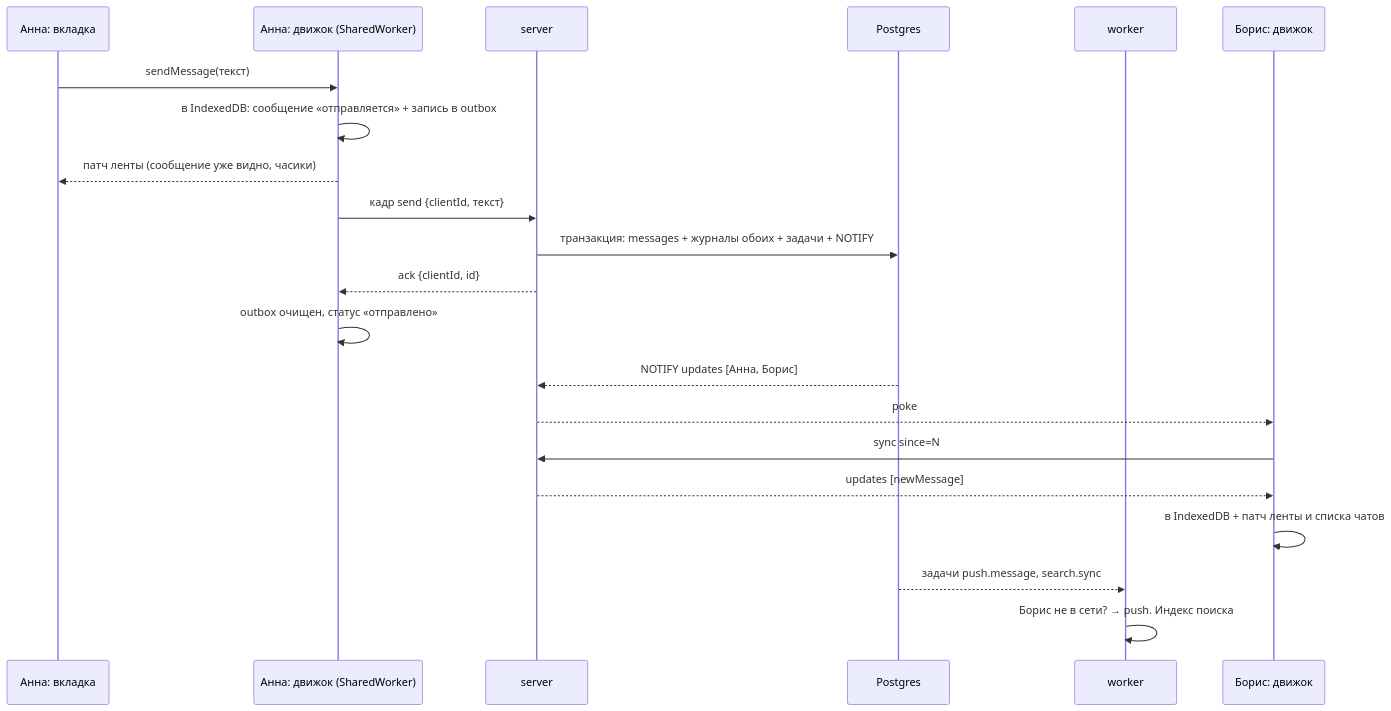
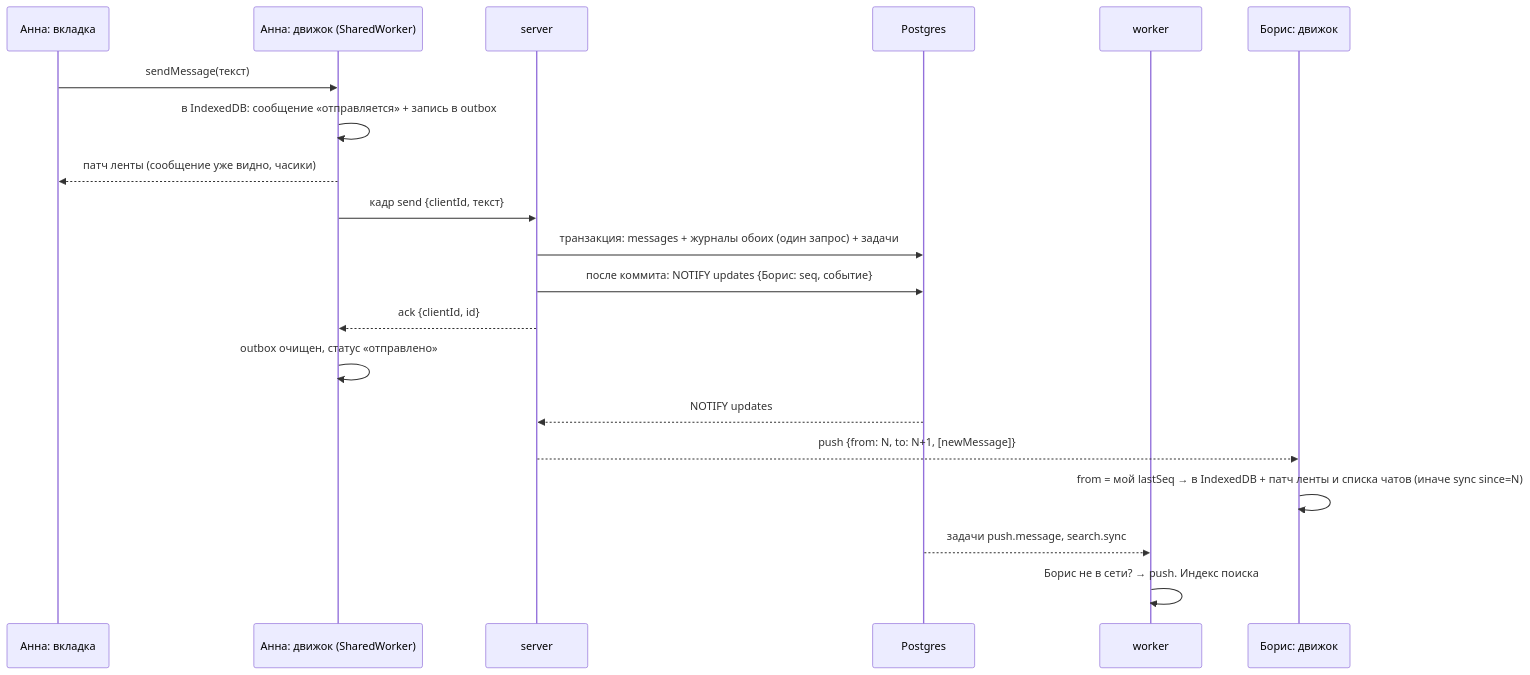
One commit to denislibs/relay changed the second of 2 diagrams in ARCHITECTURE.md. Above: the diagram before and after it, drawn with Mermaid. The commit also changed other lines of this file and 9 other files, not shown here.

First line of the commit message:
feat(realtime): push — a new message reaches online recipients with the notify, no sync round trip

````diff
--- a/ARCHITECTURE.md
+++ b/ARCHITECTURE.md
@@ -113,23 +122,22 @@
 ```mermaid
 sequenceDiagram
   participant A as Анна: вкладка
   participant EA as Анна: движок (SharedWorker)
   participant S as server
   participant PG as Postgres
   participant W as worker
   participant EB as Борис: движок
   A->>EA: sendMessage(текст)
   EA->>EA: в IndexedDB: сообщение «отправляется» + запись в outbox
   EA-->>A: патч ленты (сообщение уже видно, часики)
   EA->>S: кадр send {clientId, текст}
-  S->>PG: транзакция: messages + журналы обоих + задачи + NOTIFY
+  S->>PG: транзакция: messages + журналы обоих (один запрос) + задачи
+  S->>PG: после коммита: NOTIFY updates {Борис: seq, событие}
   S-->>EA: ack {clientId, id}
   EA->>EA: outbox очищен, статус «отправлено»
-  PG-->>S: NOTIFY updates [Анна, Борис]
-  S-->>EB: poke
-  EB->>S: sync since=N
-  S-->>EB: updates [newMessage]
-  EB->>EB: в IndexedDB + патч ленты и списка чатов
+  PG-->>S: NOTIFY updates
+  S-->>EB: push {from: N, to: N+1, [newMessage]}
+  EB->>EB: from = мой lastSeq → в IndexedDB + патч ленты и списка чатов (иначе sync since=N)
   PG-->>W: задачи push.message, search.sync
   W->>W: Борис не в сети? → push. Индекс поиска
 ```
````
